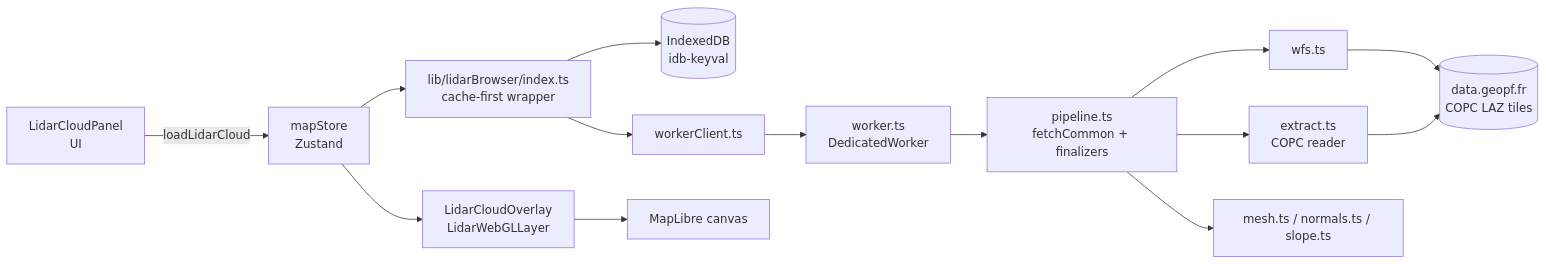
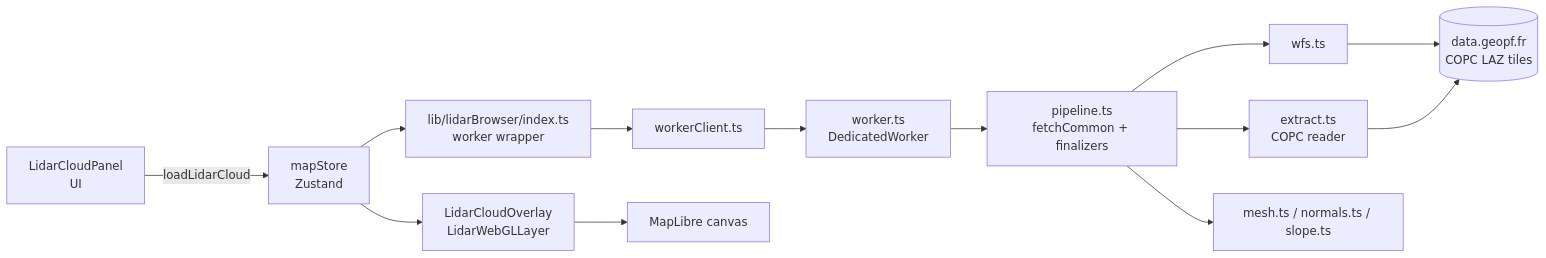
Before and after one commit to Plonk42/open-cairn: the first of 7 diagrams in docs/LIDAR_PIPELINE.md, drawn with Mermaid. The commit also changed other lines of this file and 6 other files, not shown here.

First line of the commit message:
refactor(lidar): remove IndexedDB result cache layer

````diff
--- a/docs/LIDAR_PIPELINE.md
+++ b/docs/LIDAR_PIPELINE.md
@@ -70,16 +68,15 @@
 ```mermaid
 flowchart LR
     UI[LidarCloudPanel<br/>UI] -->|loadLidarCloud| Store[mapStore<br/>Zustand]
-    Store --> IDX[lib/lidarBrowser/index.ts<br/>cache-first wrapper]
-    IDX --> CACHE[(IndexedDB<br/>idb-keyval)]
+    Store --> IDX[lib/lidarBrowser/index.ts<br/>worker wrapper]
     IDX --> WC[workerClient.ts]
     WC --> WK[worker.ts<br/>DedicatedWorker]
     WK --> PIPE[pipeline.ts<br/>fetchCommon + finalizers]
     PIPE --> WFS[wfs.ts]
     PIPE --> EXT[extract.ts<br/>COPC reader]
     WFS --> IGN[(data.geopf.fr<br/>COPC LAZ tiles)]
     EXT --> IGN
     PIPE --> FIN[mesh.ts / normals.ts / slope.ts]
     Store --> OV[LidarCloudOverlay<br/>LidarWebGLLayer]
     OV --> MAP[MapLibre canvas]
 ```
````
